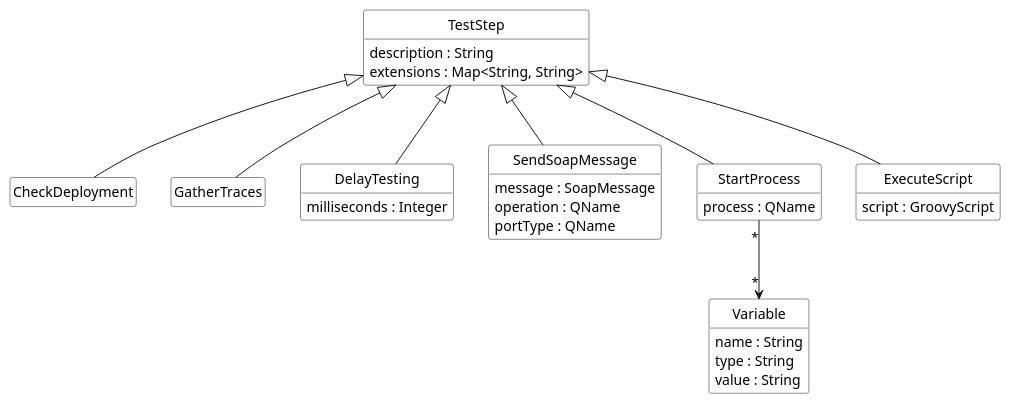
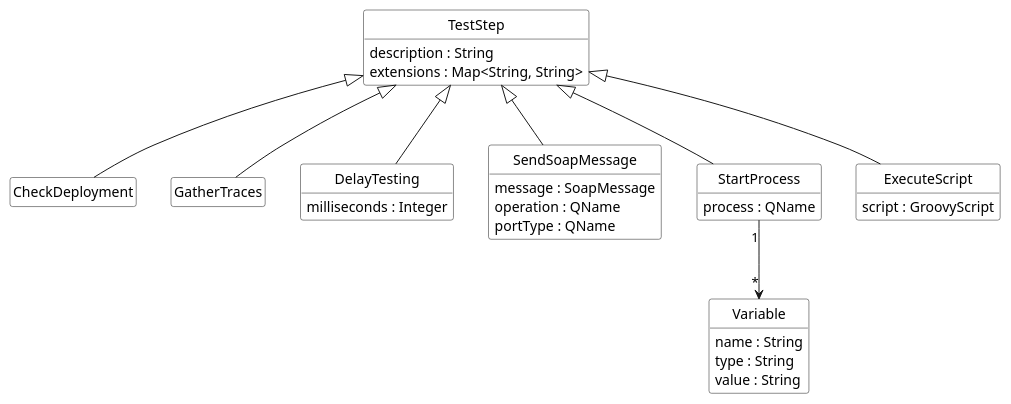
One commit to uniba-dsg/betsy changed the diagram in pebl/doc/benchmark-test-steps.puml. Above: the diagram before and after it, drawn with PlantUML. The commit also changed 5 other files, not shown here.

```diff
--- a/pebl/doc/benchmark-test-steps.puml
+++ b/pebl/doc/benchmark-test-steps.puml
@@ -1,43 +1,43 @@
 @startuml
 
 	class TestStep {
 	  description : String
 	  extensions : Map<String, String>
 	}
 
 	class CheckDeployment extends TestStep
 	class GatherTraces extends TestStep
 	class DelayTesting extends TestStep {
 	  milliseconds : Integer
 	}
 	class SendSoapMessage extends TestStep {
 	  message : SoapMessage
 	  operation : QName
 	  portType : QName
 	}
 	class StartProcess extends TestStep{
 	  process : QName
 	}
 
 	class ExecuteScript extends TestStep {
 	      script : GroovyScript
     	}
 
 	class Variable {
 	  name : String
 	  type : String
 	  value : String
 	}
 
 
-StartProcess "*" -down-> "*" Variable
+StartProcess "1" -down-> "*" Variable
 
 hide empty members
 hide empty methods
 hide circle
 
 skinparam monochrome true
 skinparam shadowing false
 skinparam packageStyle rect
 skinparam classBackgroundColor white
 @enduml
```
